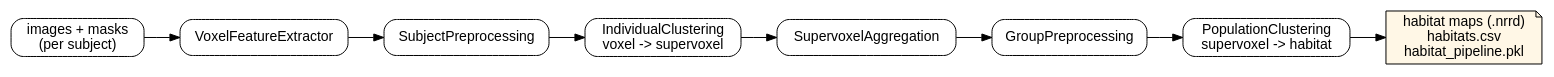
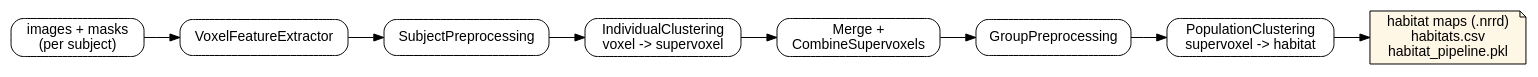
The third of 4 diagrams in docs/source/development/architecture.rst (lichao312214129/HABIT), drawn with Graphviz before and after one commit. The commit also changed other lines of this file and 84 other files, not shown here.

```diff
--- a/docs/source/development/architecture.rst
+++ b/docs/source/development/architecture.rst
@@ -362,18 +366,18 @@
 .. graphviz::
 
    digraph fit_flow {
        rankdir=LR;
        node [shape=box, style=rounded, fontname="Helvetica"];
 
        Imgs [label="images + masks\n(per subject)"];
        VF [label="VoxelFeatureExtractor"];
        SP [label="SubjectPreprocessing"];
        IC [label="IndividualClustering\nvoxel -> supervoxel"];
-       SA [label="SupervoxelAggregation"];
+       SA [label="Merge +\nCombineSupervoxels"];
        GP [label="GroupPreprocessing"];
        PC [label="PopulationClustering\nsupervoxel -> habitat"];
        Out [label="habitat maps (.nrrd)\nhabitats.csv\nhabitat_pipeline.pkl",
             shape=note, fillcolor="#fff7e6", style="filled,rounded"];
 
        Imgs -> VF -> SP -> IC -> SA -> GP -> PC -> Out;
    }
```
